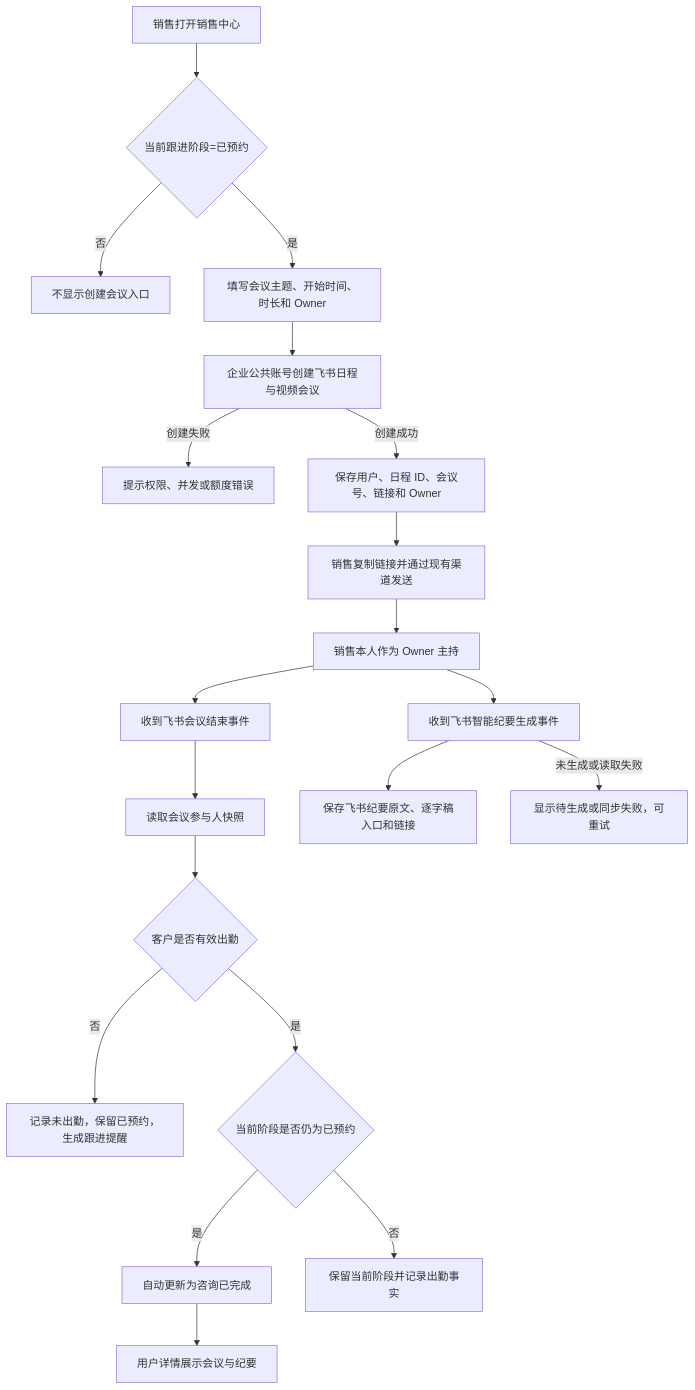
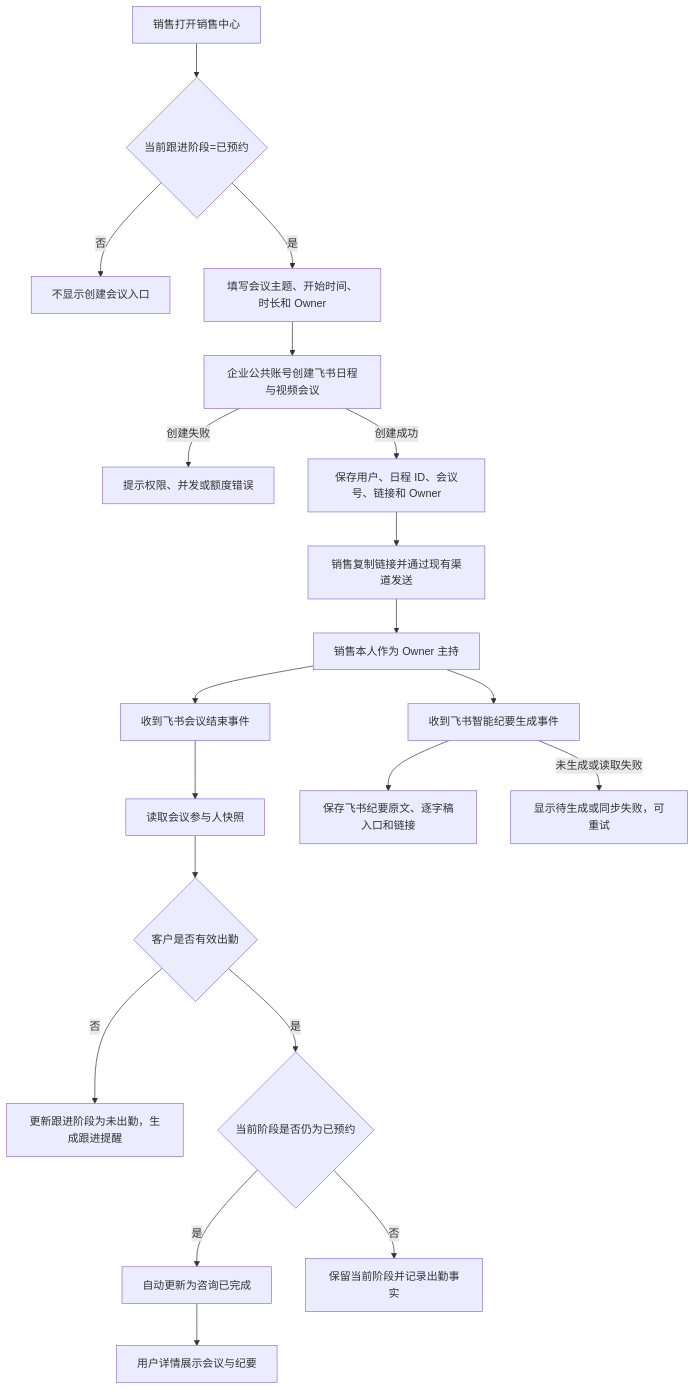
Before and after one commit to h3-ai-lab/hhhprd: the diagram in projects/crm-consultation-meeting/prd/PRD.md, drawn with Mermaid. The commit also changed other lines of this file and 5 other files, not shown here.

````diff
--- a/projects/crm-consultation-meeting/prd/PRD.md
+++ b/projects/crm-consultation-meeting/prd/PRD.md
@@ -52,22 +53,22 @@
 ```mermaid
 flowchart TD
     A[销售打开销售中心] --> B{当前跟进阶段=已预约}
     B -->|否| B1[不显示创建会议入口]
     B -->|是| C[填写会议主题、开始时间、时长和 Owner]
     C --> D[企业公共账号创建飞书日程与视频会议]
     D -->|创建失败| D1[提示权限、并发或额度错误]
     D -->|创建成功| E[保存用户、日程 ID、会议号、链接和 Owner]
     E --> F[销售复制链接并通过现有渠道发送]
     F --> G[销售本人作为 Owner 主持]
     G --> H[收到飞书会议结束事件]
     H --> I[读取会议参与人快照]
     I --> J{客户是否有效出勤}
-    J -->|否| J1[记录未出勤，保留已预约，生成跟进提醒]
+    J -->|否| J1[更新跟进阶段为未出勤，生成跟进提醒]
     J -->|是| K{当前阶段是否仍为已预约}
     K -->|是| L[自动更新为咨询已完成]
     K -->|否| L1[保留当前阶段并记录出勤事实]
     G --> M[收到飞书智能纪要生成事件]
     M --> N[保存飞书纪要原文、逐字稿入口和链接]
     M -->|未生成或读取失败| N1[显示待生成或同步失败，可重试]
     L --> O[用户详情展示会议与纪要]
 ```
````
